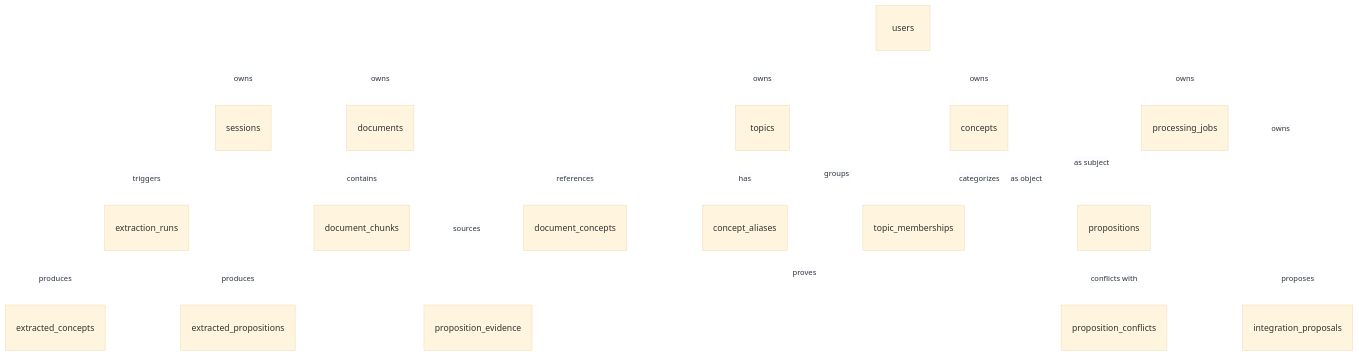
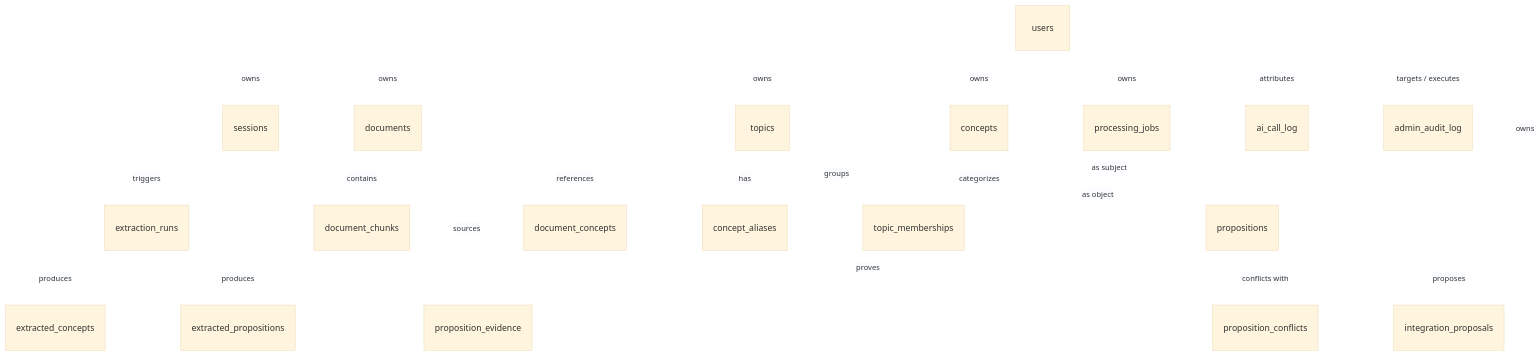
One commit to FatPandaC8/KBA changed the diagram in docs/gusby/05_SCHEMA_AND_API.md. Above: the diagram before and after it, drawn with Mermaid. The commit also changed other lines of this file and 10 other files, not shown here.

````diff
--- a/docs/gusby/05_SCHEMA_AND_API.md
+++ b/docs/gusby/05_SCHEMA_AND_API.md
@@ -12,29 +12,31 @@
 ```mermaid
 %%{init: {'theme': 'base', 'themeVariables': { 'background': 'transparent', 'clusterBkg': 'none' }}}%%
 erDiagram
     users ||--o{ sessions : owns
     users ||--o{ documents : owns
     users ||--o{ concepts : owns
     users ||--o{ propositions : owns
     users ||--o{ topics : owns
     users ||--o{ processing_jobs : owns
+    users ||--o{ ai_call_log : attributes
+    users ||--o{ admin_audit_log : "targets / executes"
 
     documents ||--o{ document_chunks : contains
     documents ||--o{ extraction_runs : triggers
     documents ||--o{ document_concepts : references
 
     extraction_runs ||--o{ extracted_concepts : produces
     extraction_runs ||--o{ extracted_propositions : produces
 
     concepts ||--o{ concept_aliases : has
     concepts ||--o{ topic_memberships : categorizes
     topics ||--o{ topic_memberships : groups
 
     concepts ||--o{ propositions : "as subject"
     concepts ||--o{ propositions : "as object"
     propositions ||--o{ proposition_evidence : proves
     documents ||--o{ proposition_evidence : sources
 
     propositions ||--o{ proposition_conflicts : "conflicts with"
     propositions ||--o{ integration_proposals : proposes
 ```
````
